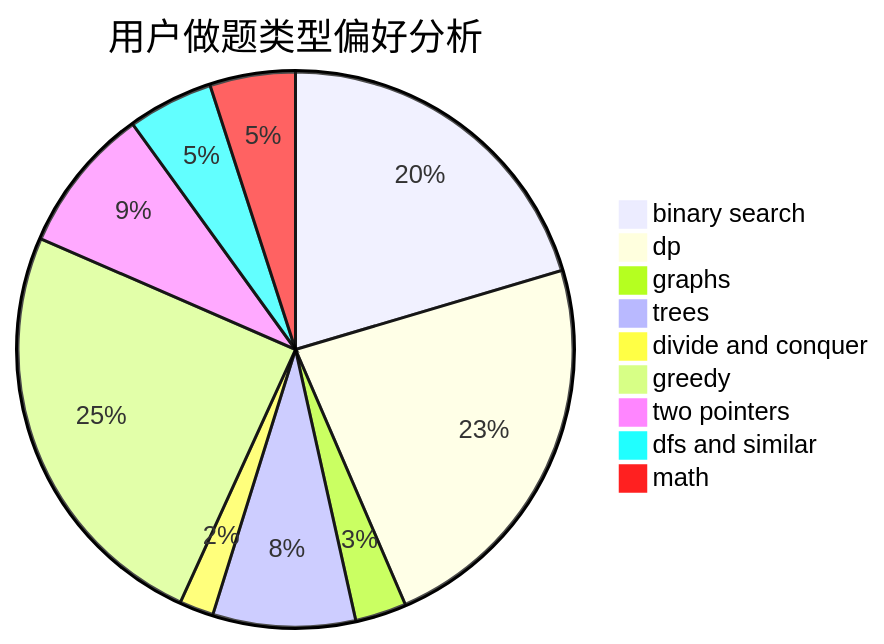
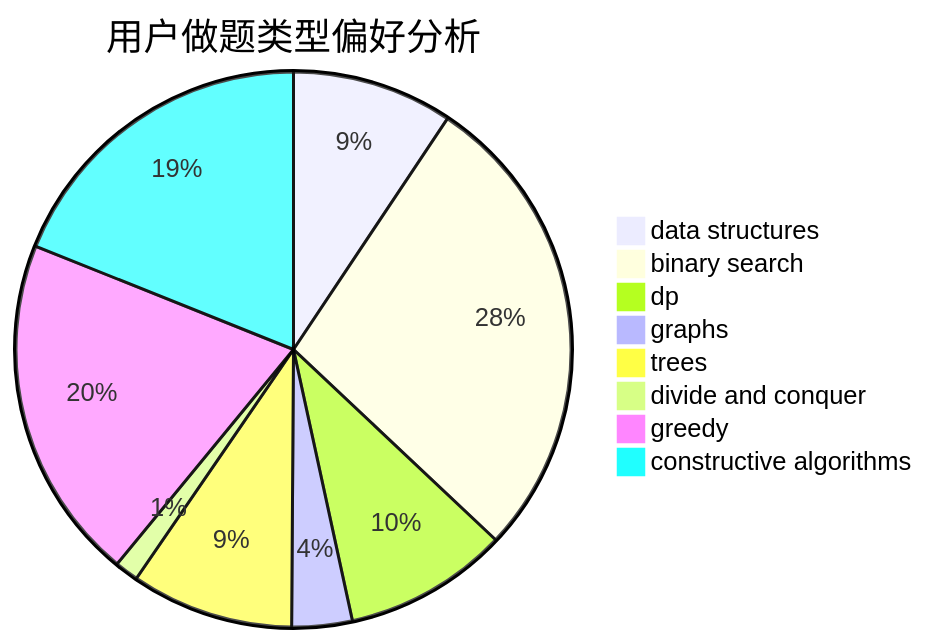
The second of 3 diagrams in docs/user/u1531.md (sherpahu/cfrs.github.io), drawn with Mermaid before and after one commit. The commit also changed other lines of this file and 2775 other files, not shown here.

````diff
--- a/docs/user/u1531.md
+++ b/docs/user/u1531.md
@@ -23,12 +23,11 @@
 ```mermaid
 pie title 用户做题类型偏好分析
-    "binary search" :  369
-    "dp" :  418
-    "graphs" :  54
-    "trees" :  150
-    "divide and conquer" :  36
-    "greedy" :  447
-    "two pointers" :  154
-    "dfs and similar" :  90
-    "math" :  90
+    "data structures" :  88
+    "binary search" :  260
+    "dp" :  90
+    "graphs" :  33
+    "trees" :  89
+    "divide and conquer" :  13
+    "greedy" :  189
+    "constructive algorithms" :  178
 ```
````
